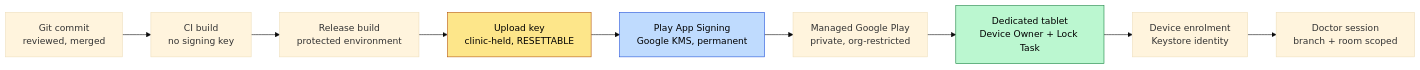
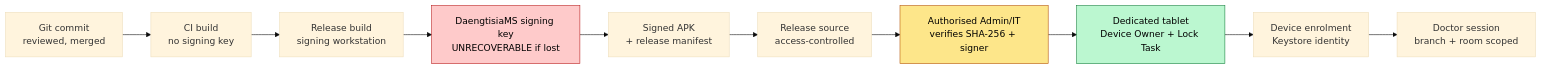
One commit to makemesick91-code/new_lab_app changed the diagram in docs/governance/android-production-signing-governance.md. Above: the diagram before and after it, drawn with Mermaid (base theme). The commit also changed other lines of this file and 23 other files, not shown here.

````diff
--- a/docs/governance/android-production-signing-governance.md
+++ b/docs/governance/android-production-signing-governance.md
@@ -23,15 +28,16 @@
 ```mermaid
 flowchart LR
   A["Git commit<br/>reviewed, merged"] --> B["CI build<br/>no signing key"]
-  B --> C["Release build<br/>protected environment"]
-  C --> D["Upload key<br/>clinic-held, RESETTABLE"]
-  D --> E["Play App Signing<br/>Google KMS, permanent"]
-  E --> F["Managed Google Play<br/>private, org-restricted"]
-  F --> G["Dedicated tablet<br/>Device Owner + Lock Task"]
-  G --> H["Device enrolment<br/>Keystore identity"]
-  H --> I["Doctor session<br/>branch + room scoped"]
+  B --> C["Release build<br/>signing workstation"]
+  C --> D["DaengtisiaMS signing key<br/>UNRECOVERABLE if lost"]
+  D --> E["Signed APK<br/>+ release manifest"]
+  E --> F["Release source<br/>access-controlled"]
+  F --> G["Authorised Admin/IT<br/>verifies SHA-256 + signer"]
+  G --> H["Dedicated tablet<br/>Device Owner + Lock Task"]
+  H --> I["Device enrolment<br/>Keystore identity"]
+  I --> J["Doctor session<br/>branch + room scoped"]
 
-  style D fill:#fde68a,stroke:#b45309,color:#000
-  style E fill:#bfdbfe,stroke:#1d4ed8,color:#000
-  style G fill:#bbf7d0,stroke:#15803d,color:#000
+  style D fill:#fecaca,stroke:#b91c1c,color:#000
+  style G fill:#fde68a,stroke:#b45309,color:#000
+  style H fill:#bbf7d0,stroke:#15803d,color:#000
 ```
````
